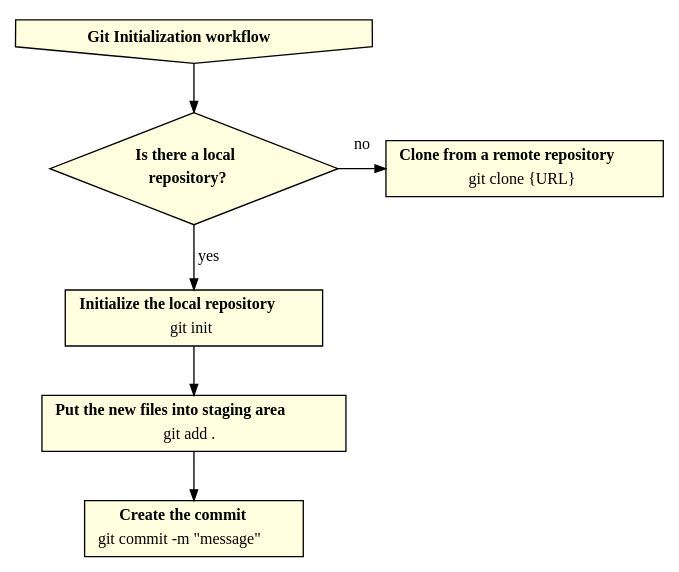
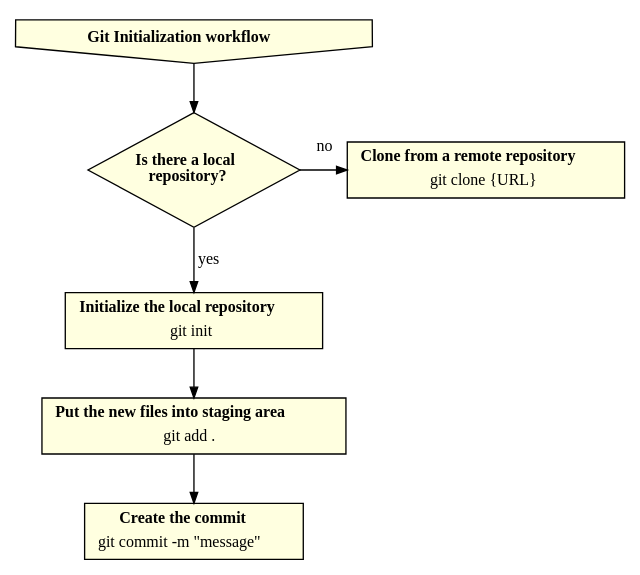
One commit to fabriciofx/gitflowchart changed the diagram in flowchart/init-workflow.gv. Above: the diagram before and after it, drawn with Graphviz. The commit also changed 5 other files, not shown here.

```diff
--- a/flowchart/init-workflow.gv
+++ b/flowchart/init-workflow.gv
@@ -1,78 +1,74 @@
 digraph initworkflow {
     splines = line;
 
     edge [
         arrowsize = 0.8,
         fontname = "Verdana",
         fontsize = 12
     ]
 
     node [
         shape = rect,
         style = filled,
         fillcolor = lightyellow,
         fontname = "Verdana",
         fontsize = 12
     ]
 
     // workflow
     init [
         shape = invhouse,
         label = <<b>Git Initialization workflow</b>>
     ]
 
     // decisions
     local_repository [
         shape = diamond,
-        label = <
-            <table border="0" cellborder="0" cellspacing="0">
-            <tr><td><b>Is there a local</b></td></tr>
-            <tr><td><b>repository?</b></td></tr>
-            </table>
-        >
+        label = <<b>Is there a local<br/>repository?</b>>,
+        height = 1.2
     ]
 
     // commands
     git_init [
         label = <
             <table border="0" cellborder="0" cellspacing="0">
             <tr><td><b>Initialize the local repository</b></td></tr>
             <tr><td>git init</td></tr>
             </table>
         >
     ]
     git_add [
         label = <
             <table border="0" cellborder="0" cellspacing="0">
             <tr><td><b>Put the new files into staging area</b></td></tr>
             <tr><td>git add .</td></tr>
             </table>
         >
     ]
     git_commit [
         label = <
             <table border="0" cellborder="0" cellspacing="0">
             <tr><td><b>Create the commit</b></td></tr>
             <tr><td>git commit -m "message"</td></tr>
             </table>
         >
     ]
     git_clone [
         label = <
             <table border="0" cellborder="0" cellspacing="0">
             <tr><td><b>Clone from a remote repository</b></td></tr>
             <tr><td>git clone {URL}</td></tr>
             </table>
         >
     ]
 
     // relations
     init -> local_repository
     local_repository -> git_init [label = " yes"]
     local_repository:e -> git_clone [label = "no", constraint = false]
     git_init -> git_add
     git_add -> git_commit
 
     // put local_repository and git_clone in the same row
     {rank = same; local_repository; git_clone; }
 }
```
